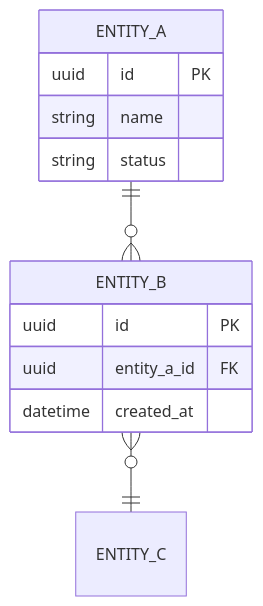
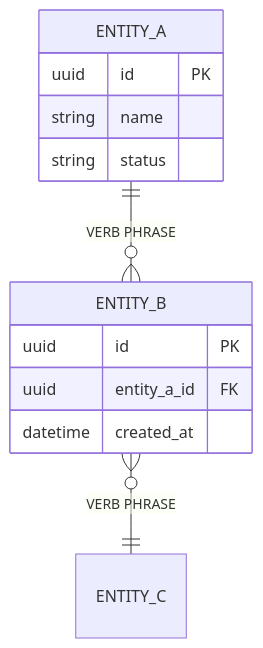
One commit to nguyenhx2/agent-harness-bootstrap changed the first of 2 diagrams in spec-builder/assets/specs/08-data-model.md. Above: the diagram before and after it, drawn with Mermaid. The commit also changed other lines of this file and 12 other files, not shown here.

````diff
--- a/spec-builder/assets/specs/08-data-model.md
+++ b/spec-builder/assets/specs/08-data-model.md
@@ -19,16 +19,16 @@
 ```mermaid
 erDiagram
-  ENTITY_A ||--o{ ENTITY_B : "<verb phrase>"
-  ENTITY_B }o--|| ENTITY_C : "<verb phrase>"
+  ENTITY_A ||--o{ ENTITY_B : "VERB PHRASE"
+  ENTITY_B }o--|| ENTITY_C : "VERB PHRASE"
 
   ENTITY_A {
     uuid id PK
     string name
     string status
   }
   ENTITY_B {
     uuid id PK
     uuid entity_a_id FK
     datetime created_at
   }
 ```
````
